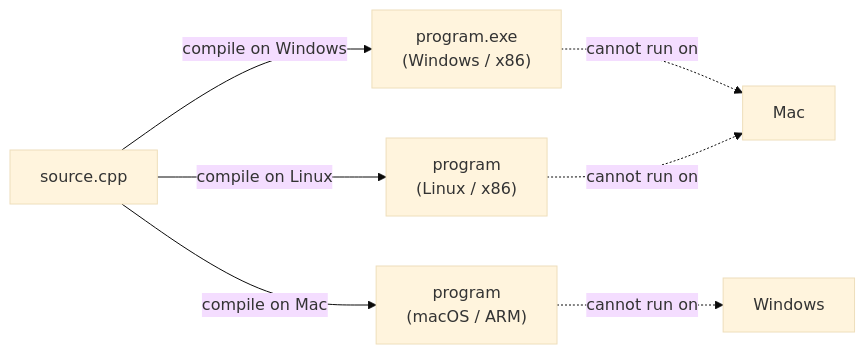
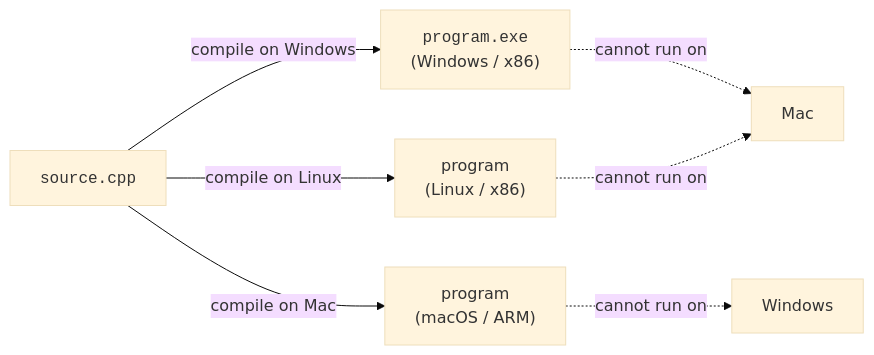
The first of 3 diagrams in content/learn/java-programming-for-beginners/write-once-run-anywhere.mdx (dataslope/dataslope), drawn with Mermaid (base theme) before and after one commit. The commit also changed other lines of this file and 218 other files, not shown here.

First line of the commit message:
Render code-only mermaid shapes in monospace; convert step sequences to Steps (#467)

````diff
--- a/content/learn/java-programming-for-beginners/write-once-run-anywhere.mdx
+++ b/content/learn/java-programming-for-beginners/write-once-run-anywhere.mdx
@@ -25,10 +25,10 @@
 ```mermaid
 flowchart LR
-    Src["source.cpp"]
-    Src -->|compile on Windows| ExeW["program.exe<br/>(Windows / x86)"]
+    Src["<code>source.cpp</code>"]
+    Src -->|compile on Windows| ExeW["<code>program.exe</code><br/>(Windows / x86)"]
     Src -->|compile on Mac| BinM["program<br/>(macOS / ARM)"]
     Src -->|compile on Linux| BinL["program<br/>(Linux / x86)"]
     ExeW -. cannot run on .-> Mac[Mac]
     BinM -. cannot run on .-> Win[Windows]
     BinL -. cannot run on .-> Mac
 ```
````
